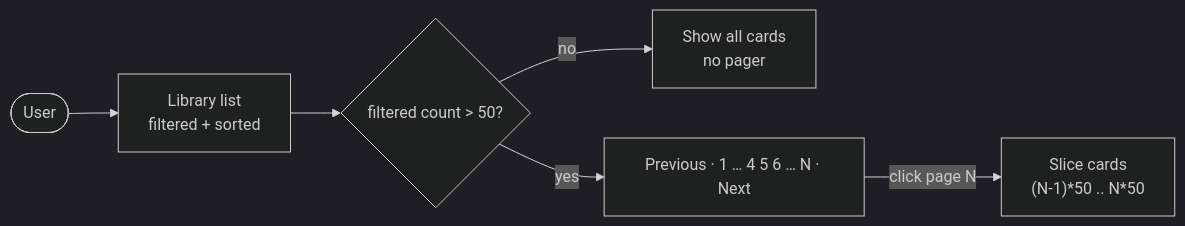
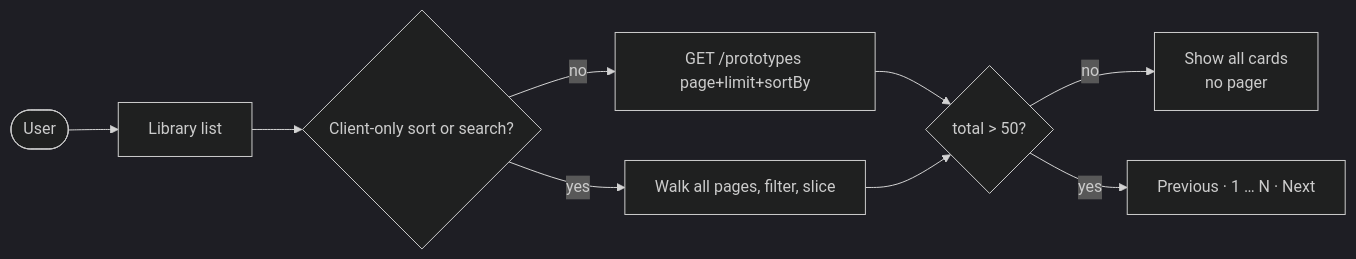
Before and after one commit to eclipse-autowrx/autowrx: the tenth of 10 diagrams in docs/capabilities/prototypes-code.md, drawn with Mermaid (dark theme). The commit also changed other lines of this file and 5 other files, not shown here.

First line of the commit message:
Prototype Library now uses server paging, docs match reality, and the tab badge no longer walks the full list.

````diff
--- a/docs/capabilities/prototypes-code.md
+++ b/docs/capabilities/prototypes-code.md
@@ -827,8 +831,11 @@
 ```mermaid
 flowchart LR
-    U([User]) --> L["Library list<br/>filtered + sorted"]
-    L --> P{filtered count > 50?}
+    U([User]) --> L["Library list"]
+    L --> M{Client-only sort or search?}
+    M -->|no| S["GET /prototypes page+limit+sortBy"]
+    M -->|yes| C["Walk all pages, filter, slice"]
+    S --> P{total > 50?}
+    C --> P
     P -->|no| G["Show all cards<br/>no pager"]
-    P -->|yes| N["Previous · 1 … 4 5 6 … N · Next"]
-    N -->|click page N| S["Slice cards<br/>(N-1)*50 .. N*50"]
+    P -->|yes| N["Previous · 1 … N · Next"]
 ```
````
